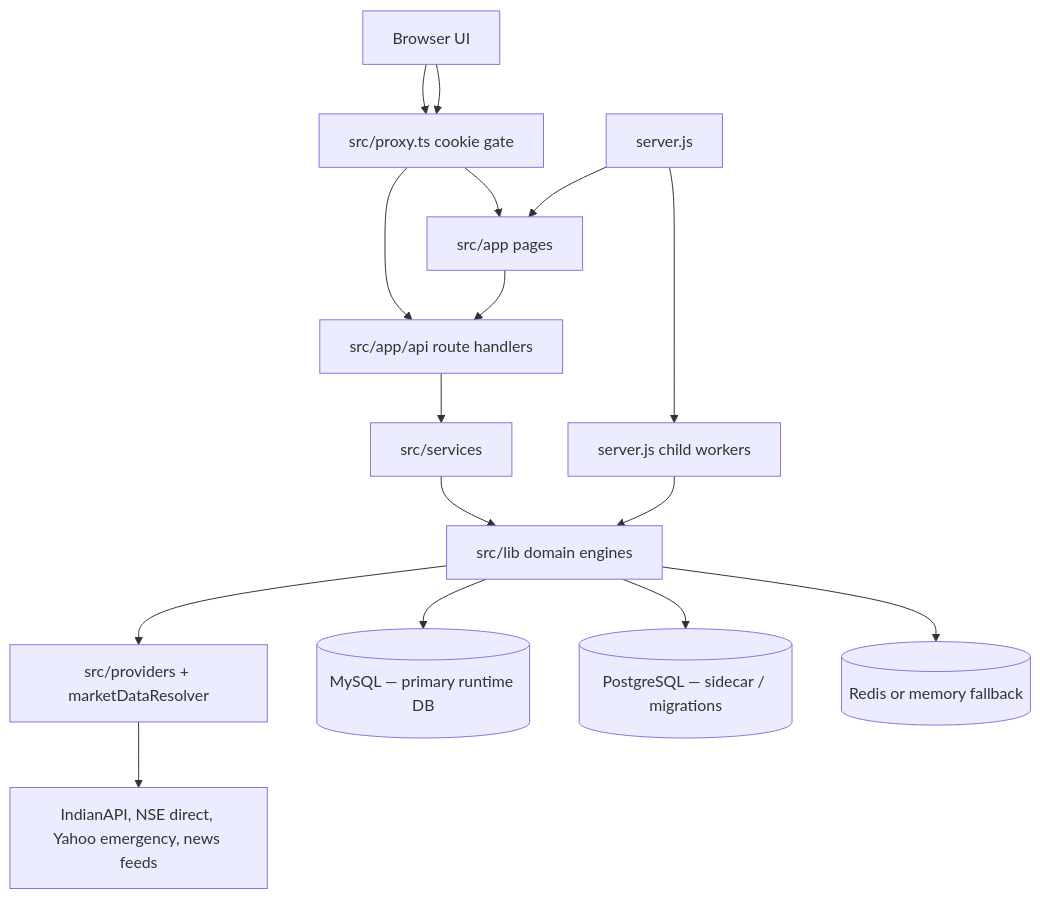
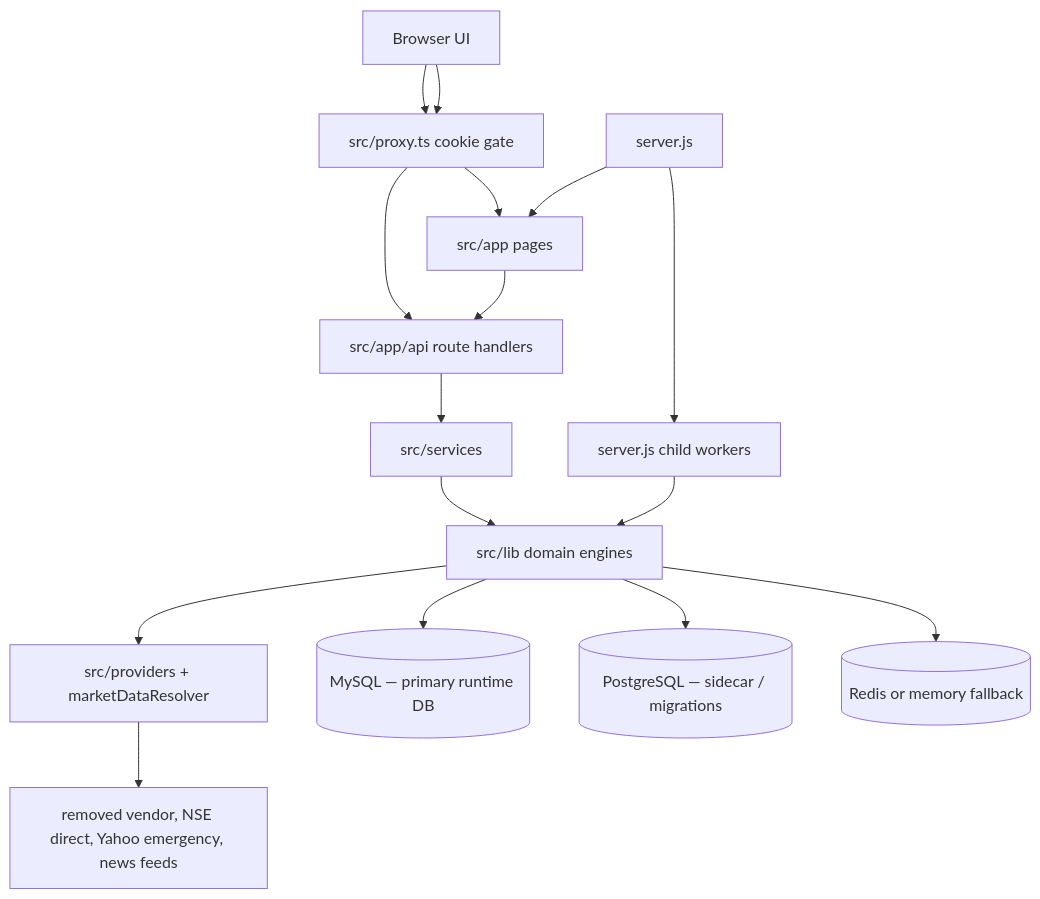
One commit to saurabhmani/api-update changed the first of 7 diagrams in ARCHITECTURE.md. Above: the diagram before and after it, drawn with Mermaid. The commit also changed other lines of this file and 201 other files, not shown here.

Commit message:
Removed IndianAPI

````diff
--- a/ARCHITECTURE.md
+++ b/ARCHITECTURE.md
@@ -18,27 +18,27 @@
 ```mermaid
 flowchart TB
     Browser[Browser UI]
     Proxy[src/proxy.ts cookie gate]
     Pages[src/app pages]
     Api[src/app/api route handlers]
     Services[src/services]
     Lib[src/lib domain engines]
     Providers[src/providers + marketDataResolver]
     MySQL[(MySQL — primary runtime DB)]
     Postgres[(PostgreSQL — sidecar / migrations)]
     Redis[(Redis or memory fallback)]
     Workers[server.js child workers]
-    External[IndianAPI, NSE direct, Yahoo emergency, news feeds]
+    External[removed vendor, NSE direct, Yahoo emergency, news feeds]
 
     Browser --> Proxy --> Pages
     Browser --> Proxy --> Api
     Pages --> Api
     Api --> Services --> Lib
     Lib --> Providers --> External
     Lib --> MySQL
     Lib --> Postgres
     Lib --> Redis
     Workers --> Lib
     server.js[server.js] --> Workers
     server.js --> Pages
 ```
````
